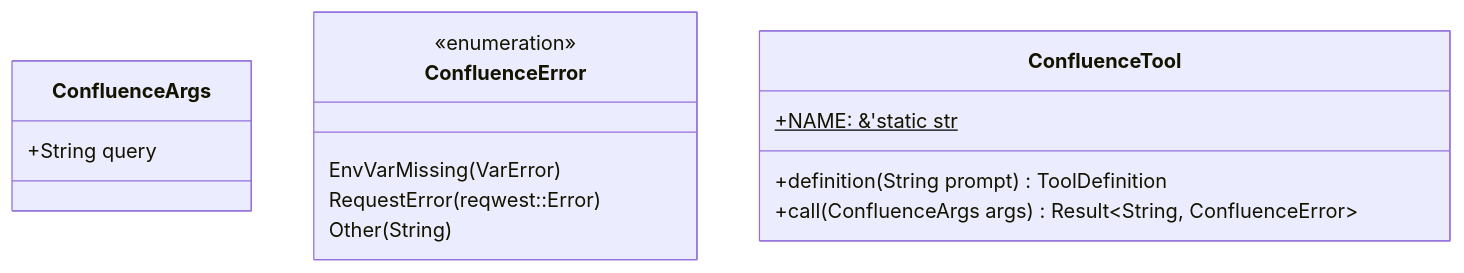
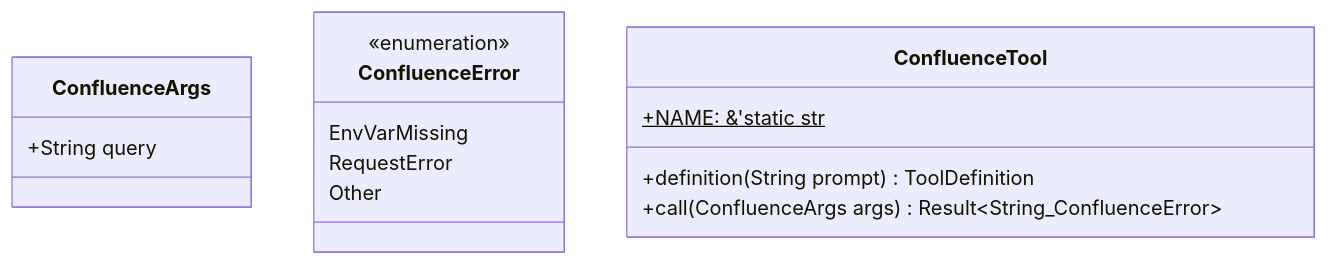
Before and after one commit to lgcorzo/fastapi-autogen-team: the first of 2 diagrams in .knowledge/src-infrastructure-tools-confluence.md, drawn with Mermaid. The commit also changed 6 other files, not shown here.

Commit message:
docs: fix mermaid render syntax errors in knowledge base and add node_modules to gitignore

````diff
--- a/.knowledge/src-infrastructure-tools-confluence.md
+++ b/.knowledge/src-infrastructure-tools-confluence.md
@@ -18,19 +18,19 @@
 ```mermaid
 classDiagram
     class ConfluenceArgs {
         +String query
     }
 
     class ConfluenceError {
         <<enumeration>>
-        EnvVarMissing(VarError)
-        RequestError(reqwest::Error)
-        Other(String)
+        EnvVarMissing
+        RequestError
+        Other
     }
 
     class ConfluenceTool {
         +NAME: &'static str$
         +definition(String prompt) ToolDefinition
-        +call(ConfluenceArgs args) Result~String, ConfluenceError~
+        +call(ConfluenceArgs args) Result~String_ConfluenceError~
     }
 ```
````
